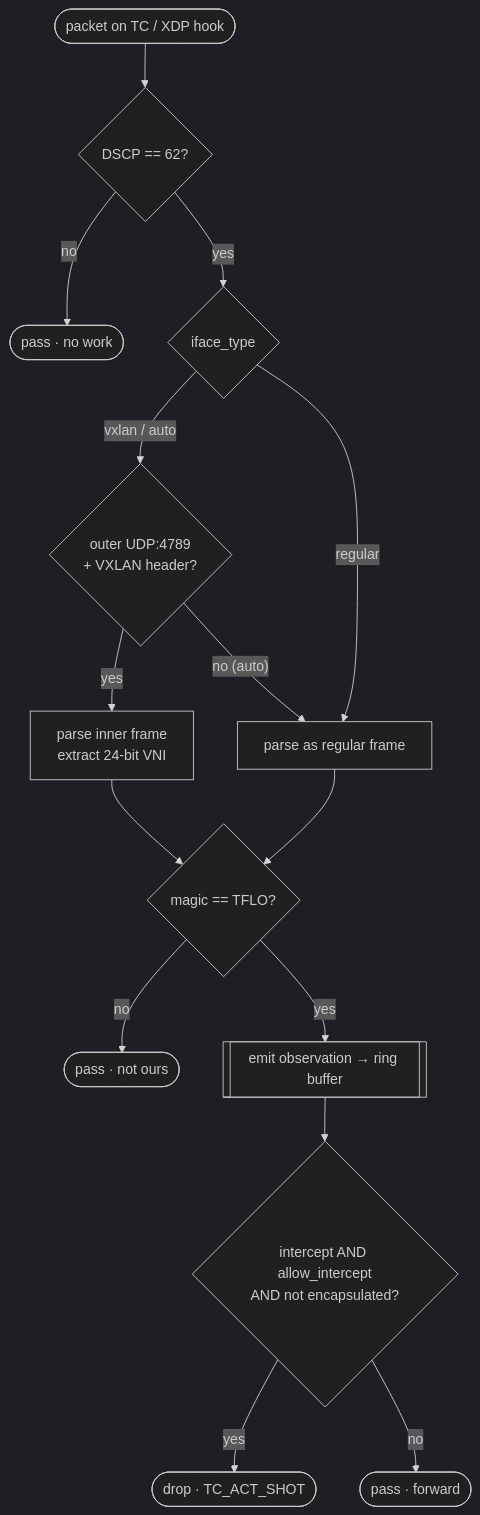
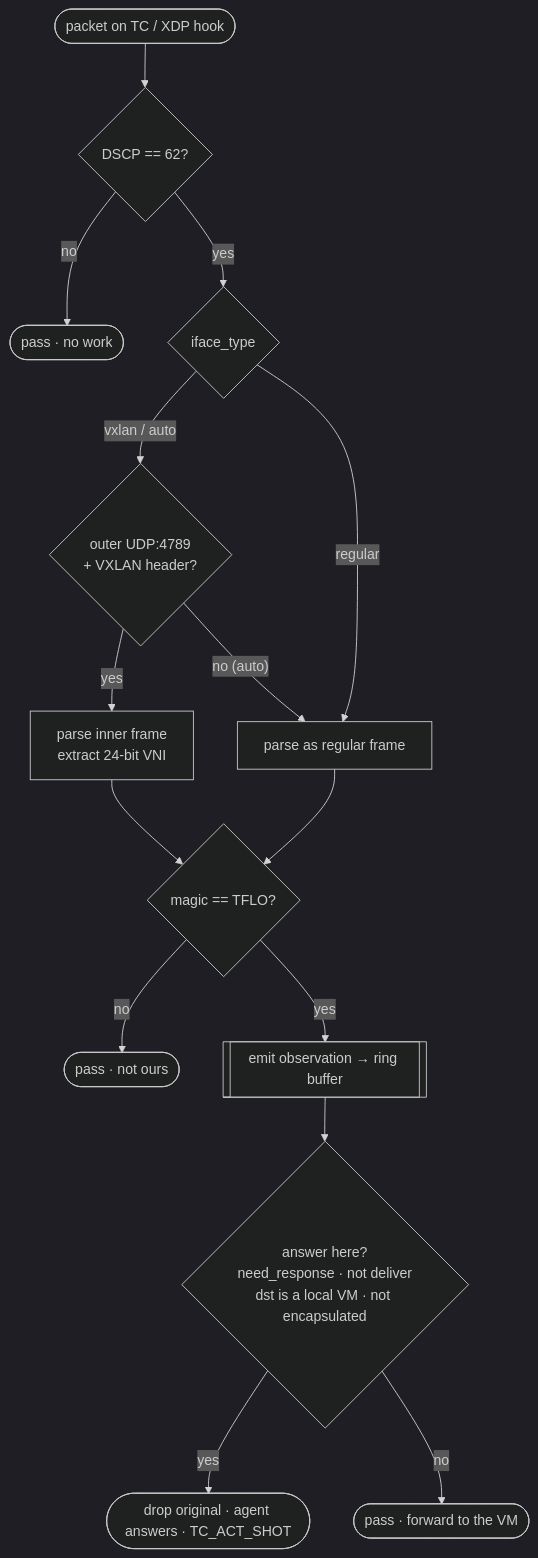
One commit to Slepwin/traceflow changed the second of 2 diagrams in README.en.md. Above: the diagram before and after it, drawn with Mermaid (dark theme). The commit also changed other lines of this file, not shown here.

Commit message:
docs(en): document intercept-by-default and --deliver

````diff
--- a/README.en.md
+++ b/README.en.md
@@ -131,17 +131,17 @@
 ```mermaid
 flowchart TD
     P([packet on TC / XDP hook]) --> D{DSCP == 62?}
     D -- no --> PASS1([pass · no work])
     D -- yes --> T{iface_type}
     T -- vxlan / auto --> V{outer UDP:4789<br/>+ VXLAN header?}
     V -- yes --> IN[parse inner frame<br/>extract 24-bit VNI]
     V -- "no (auto)" --> RG[parse as regular frame]
     T -- regular --> RG
     IN --> M{magic == TFLO?}
     RG --> M
     M -- no --> PASS2([pass · not ours])
     M -- yes --> OBS[[emit observation → ring buffer]]
-    OBS --> G{intercept AND allow_intercept<br/>AND not encapsulated?}
-    G -- yes --> DROP([drop · TC_ACT_SHOT])
-    G -- "no" --> PASS3([pass · forward])
+    OBS --> G{answer here?<br/>need_response · not deliver<br/>dst is a local VM · not encapsulated}
+    G -- yes --> DROP([drop original · agent answers · TC_ACT_SHOT])
+    G -- "no" --> PASS3([pass · forward to the VM])
 ```
````
